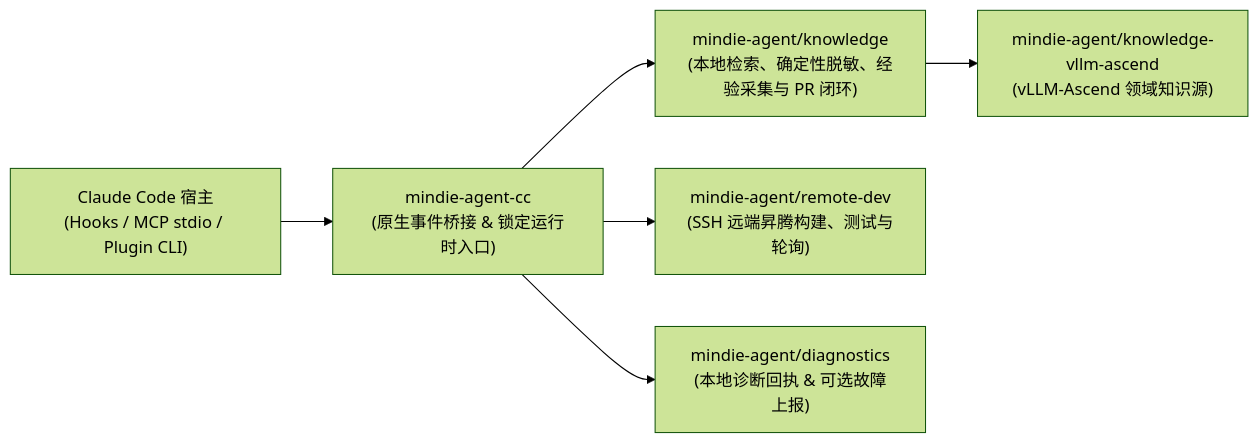
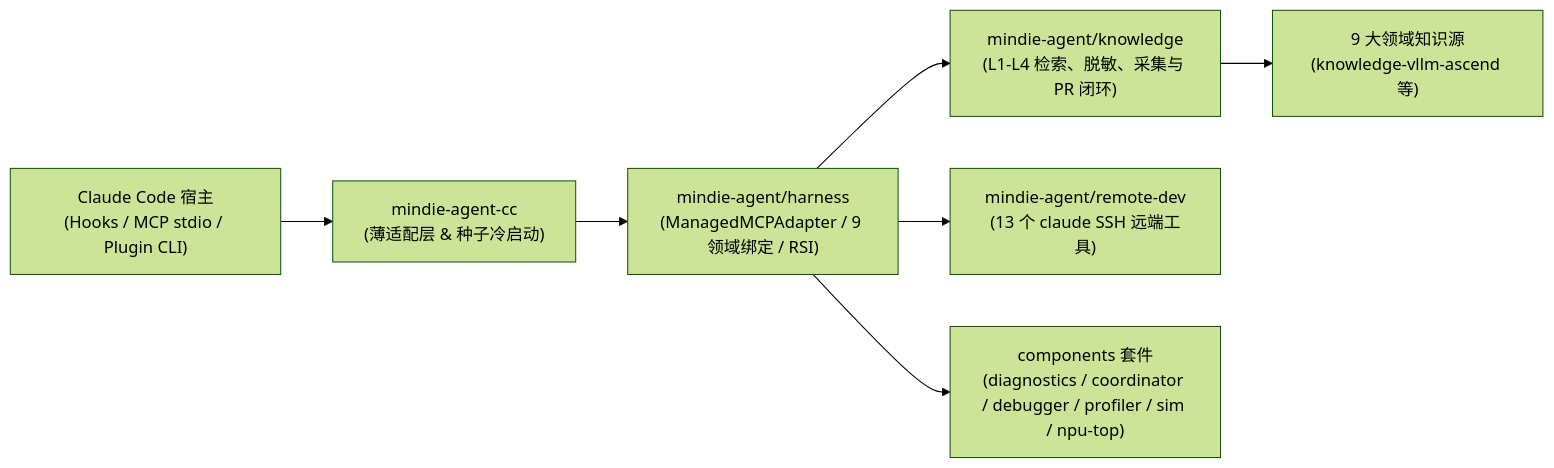
The diagram in README.md (mindie-agent/mindie-agent-cc), drawn with Mermaid (forest theme) before and after one commit. The commit also changed other lines of this file and 35 other files, not shown here.

````diff
--- a/README.md
+++ b/README.md
@@ -173,8 +174,9 @@
 ```mermaid
 flowchart LR
-  CC["Claude Code 宿主<br/>(Hooks / MCP stdio / Plugin CLI)"] --> Entry["mindie-agent-cc<br/>(原生事件桥接 & 锁定运行时入口)"]
-  Entry --> Knowledge["mindie-agent/knowledge<br/>(本地检索、确定性脱敏、经验采集与 PR 闭环)"]
-  Knowledge --> Feed["mindie-agent/knowledge-vllm-ascend<br/>(vLLM-Ascend 领域知识源)"]
-  Entry --> RemoteDev["mindie-agent/remote-dev<br/>(SSH 远端昇腾构建、测试与轮询)"]
-  Entry --> Diagnostics["mindie-agent/diagnostics<br/>(本地诊断回执 & 可选故障上报)"]
+  CC["Claude Code 宿主<br/>(Hooks / MCP stdio / Plugin CLI)"] --> Entry["mindie-agent-cc<br/>(薄适配层 & 种子冷启动)"]
+  Entry --> Harness["mindie-agent/harness<br/>(ManagedMCPAdapter / 9 领域绑定 / RSI)"]
+  Harness --> Knowledge["mindie-agent/knowledge<br/>(L1-L4 检索、脱敏、采集与 PR 闭环)"]
+  Knowledge --> Feed["9 大领域知识源<br/>(knowledge-vllm-ascend 等)"]
+  Harness --> RemoteDev["mindie-agent/remote-dev<br/>(13 个 claude SSH 远端工具)"]
+  Harness --> Components["components 套件<br/>(diagnostics / coordinator / debugger / profiler / sim / npu-top)"]
 ```
````
